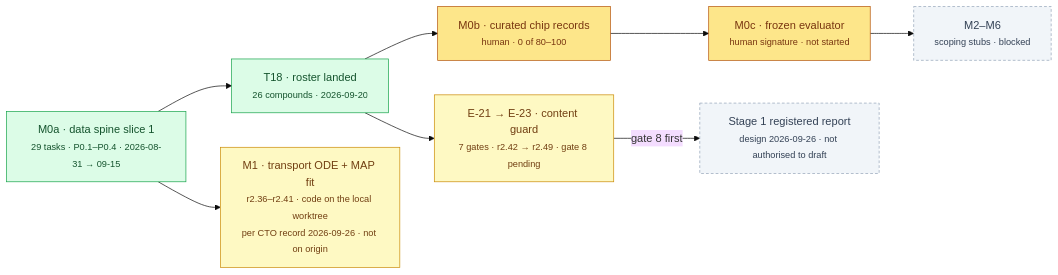
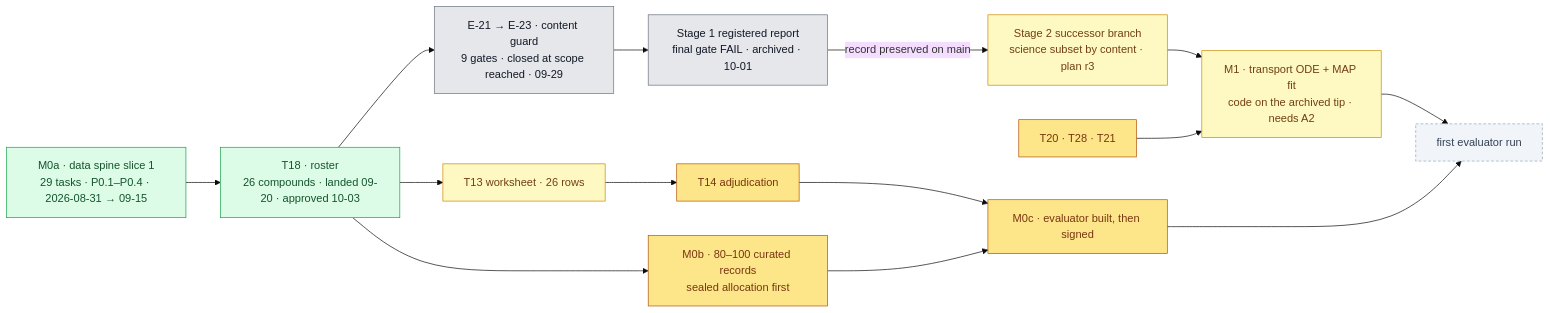
Before and after one commit to supmo668/bioFM: the diagram in docs/hacp/lung-on-chipsim/build.md, drawn with Mermaid (base theme). The commit also changed other lines of this file and 10 other files, not shown here.

````diff
--- a/docs/hacp/lung-on-chipsim/build.md
+++ b/docs/hacp/lung-on-chipsim/build.md
@@ -15,19 +18,26 @@
 ```mermaid
 flowchart LR
   classDef done fill:#dcfce7,stroke:#16a34a,color:#14532d
+  classDef closed fill:#e5e7eb,stroke:#6b7280,color:#111827
   classDef live fill:#fef9c3,stroke:#ca8a04,color:#713f12
   classDef human fill:#fde68a,stroke:#b45309,color:#78350f
   classDef wait fill:#f1f5f9,stroke:#94a3b8,color:#334155,stroke-dasharray:4 3
-  M0A["M0a · data spine slice 1<br/><small>29 tasks · P0.1–P0.4 · 2026-08-31 → 09-15</small>"]:::done
-  T18["T18 · roster landed<br/><small>26 compounds · 2026-09-20</small>"]:::done
-  E2X["E-21 → E-23 · content guard<br/><small>7 gates · r2.42 → r2.49 · gate 8 pending</small>"]:::live
-  M1["M1 · transport ODE + MAP fit<br/><small>r2.36–r2.41 · code on the local worktree<br/>per CTO record 2026-09-26 · not on origin</small>"]:::live
-  M0B["M0b · curated chip records<br/><small>human · 0 of 80–100</small>"]:::human
-  M0C["M0c · frozen evaluator<br/><small>human signature · not started</small>"]:::human
-  M26["M2–M6<br/><small>scoping stubs · blocked</small>"]:::wait
-  PAP["Stage 1 registered report<br/><small>design 2026-09-26 · not authorised to draft</small>"]:::wait
-  M0A --> T18 --> E2X
-  M0A --> M1
-  T18 --> M0B --> M0C --> M26
-  E2X -->|"gate 8 first"| PAP
+  M0A["M0a · data spine slice 1<br>29 tasks · P0.1–P0.4 · 2026-08-31 → 09-15"]:::done
+  T18["T18 · roster<br>26 compounds · landed 09-20 · approved 10-03"]:::done
+  E2X["E-21 → E-23 · content guard<br>9 gates · closed at scope reached · 09-29"]:::closed
+  S1["Stage 1 registered report<br>final gate FAIL · archived · 10-01"]:::closed
+  A1["Stage 2 successor branch<br>science subset by content · plan r3"]:::live
+  W["T13 worksheet · 26 rows"]:::live
+  B1["T14 adjudication"]:::human
+  M1["M1 · transport ODE + MAP fit<br>code on the archived tip · needs A2"]:::live
+  TH["T20 · T28 · T21"]:::human
+  M0B["M0b · 80–100 curated records<br>sealed allocation first"]:::human
+  M0C["M0c · evaluator built, then signed"]:::human
+  X["first evaluator run"]:::wait
+  M0A --> T18 --> E2X --> S1
+  S1 -->|"record preserved on main"| A1
+  T18 --> W --> B1 --> M0C
+  A1 --> M1
+  TH --> M1 --> X
+  T18 --> M0B --> M0C --> X
 ```
````
